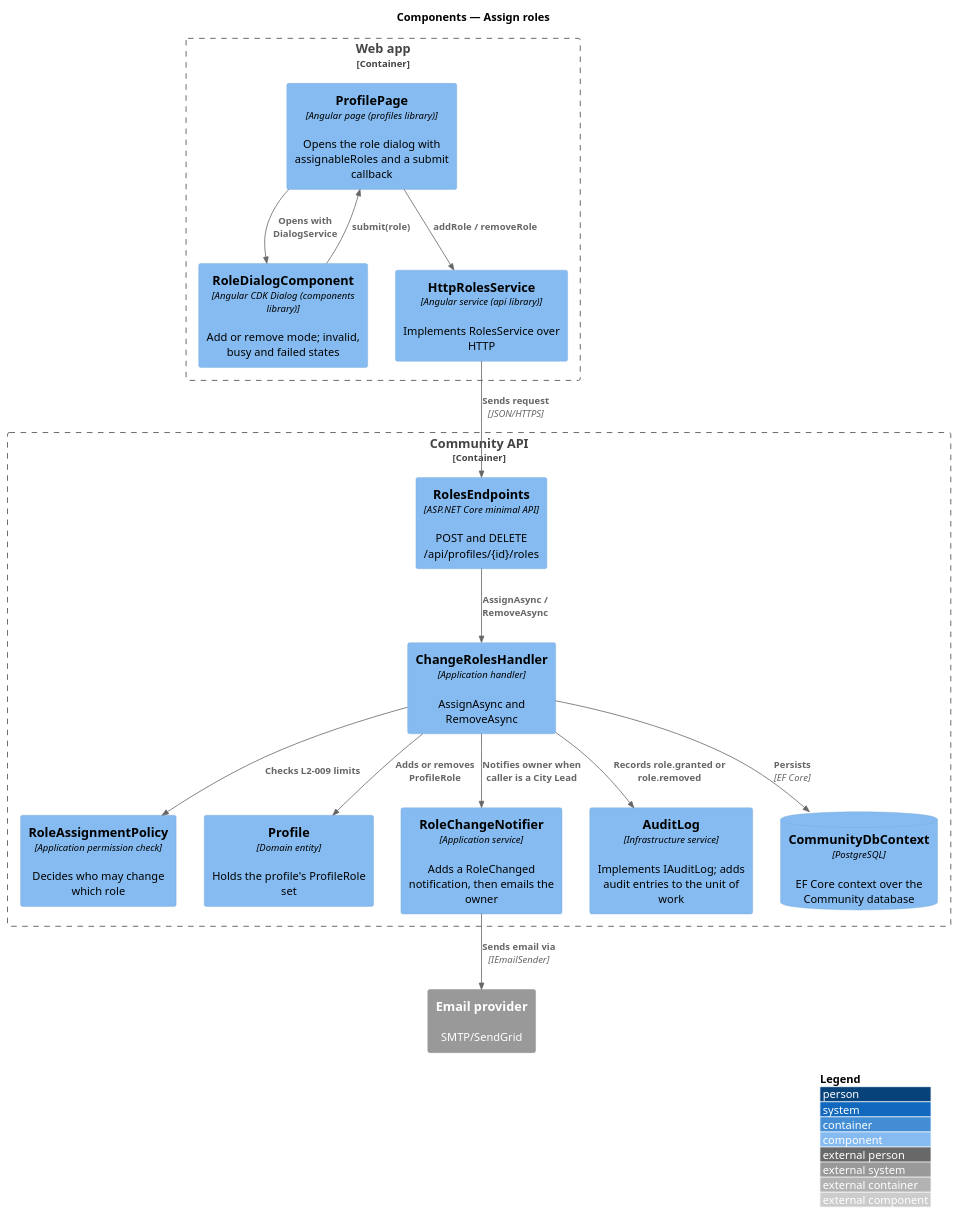
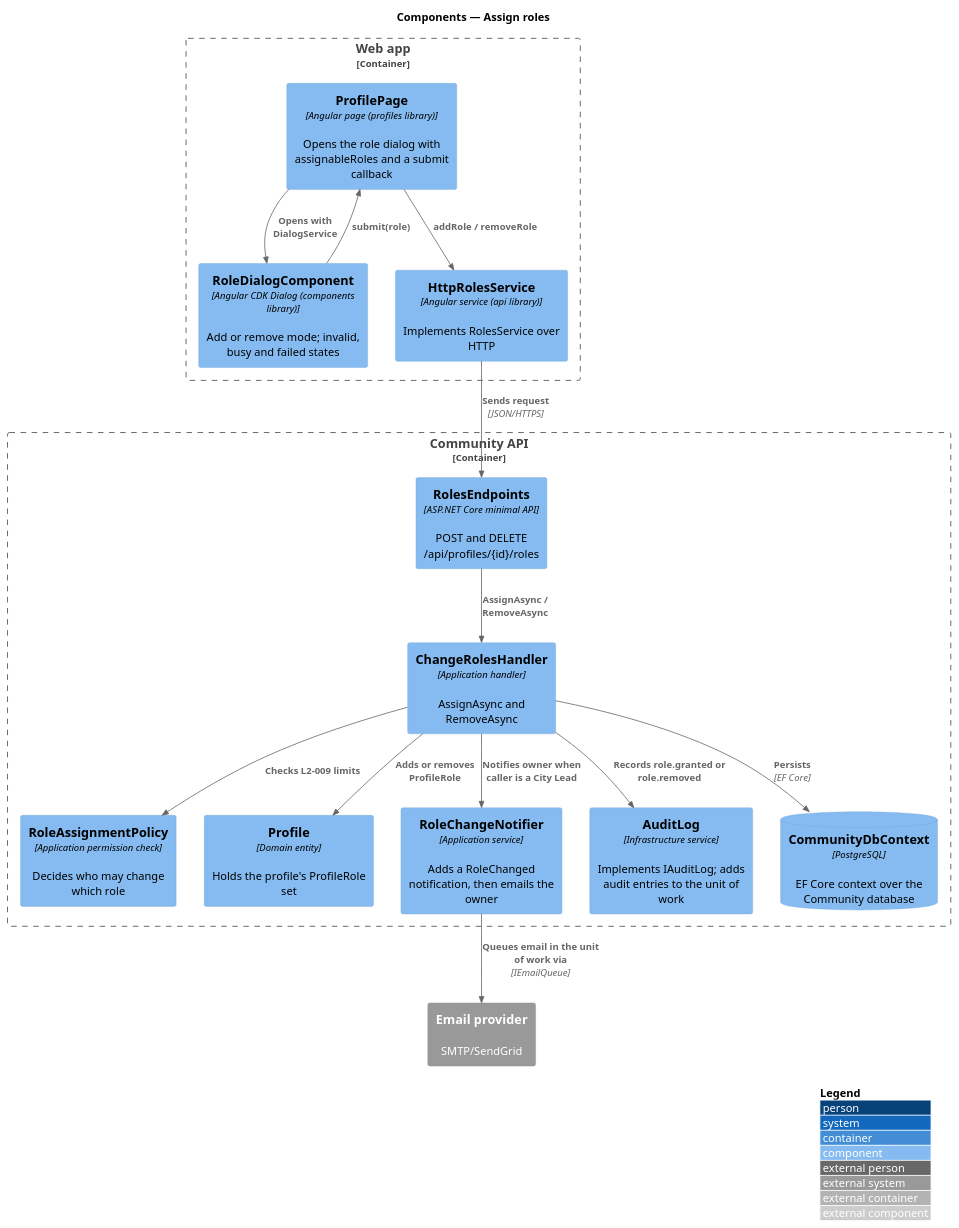
The diagram in docs/detailed-designs/admin/assign-roles/diagrams/c4-component.puml (QuinntyneBrown/faithtech-community), drawn with PlantUML before and after one commit. The commit also changed 50 other files, not shown here.

```diff
--- a/docs/detailed-designs/admin/assign-roles/diagrams/c4-component.puml
+++ b/docs/detailed-designs/admin/assign-roles/diagrams/c4-component.puml
@@ -1,31 +1,31 @@
 @startuml
 !include <C4/C4_Component>
 LAYOUT_WITH_LEGEND()
 title Components — Assign roles
 Container_Boundary(web, "Web app") {
   Component(page, "ProfilePage", "Angular page (profiles library)", "Opens the role dialog with assignableRoles and a submit callback")
   Component(dlg, "RoleDialogComponent", "Angular CDK Dialog (components library)", "Add or remove mode; invalid, busy and failed states")
   Component(svc, "HttpRolesService", "Angular service (api library)", "Implements RolesService over HTTP")
 }
 Container_Boundary(api, "Community API") {
   Component(ep, "RolesEndpoints", "ASP.NET Core minimal API", "POST and DELETE /api/profiles/{id}/roles")
   Component(h, "ChangeRolesHandler", "Application handler", "AssignAsync and RemoveAsync")
   Component(pol, "RoleAssignmentPolicy", "Application permission check", "Decides who may change which role")
   Component(prof, "Profile", "Domain entity", "Holds the profile's ProfileRole set")
   Component(notify, "RoleChangeNotifier", "Application service", "Adds a RoleChanged notification, then emails the owner")
   Component(audit, "AuditLog", "Infrastructure service", "Implements IAuditLog; adds audit entries to the unit of work")
   ComponentDb(db, "CommunityDbContext", "PostgreSQL", "EF Core context over the Community database")
 }
 System_Ext(email, "Email provider", "SMTP/SendGrid")
 Rel(page, dlg, "Opens with DialogService")
 Rel(dlg, page, "submit(role)")
 Rel(page, svc, "addRole / removeRole")
 Rel(svc, ep, "Sends request", "JSON/HTTPS")
 Rel(ep, h, "AssignAsync / RemoveAsync")
 Rel(h, pol, "Checks L2-009 limits")
 Rel(h, prof, "Adds or removes ProfileRole")
 Rel(h, audit, "Records role.granted or role.removed")
 Rel(h, notify, "Notifies owner when caller is a City Lead")
 Rel(h, db, "Persists", "EF Core")
-Rel(notify, email, "Sends email via", "IEmailSender")
+Rel(notify, email, "Queues email in the unit of work via", "IEmailQueue")
 @enduml
```
